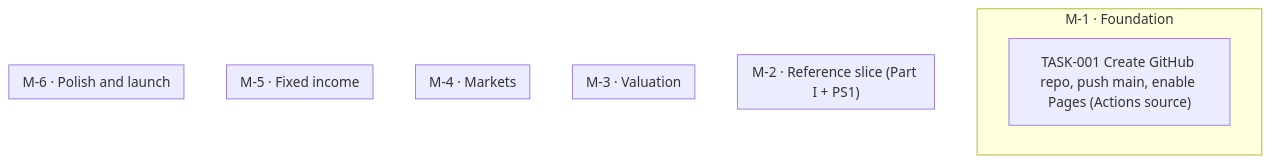
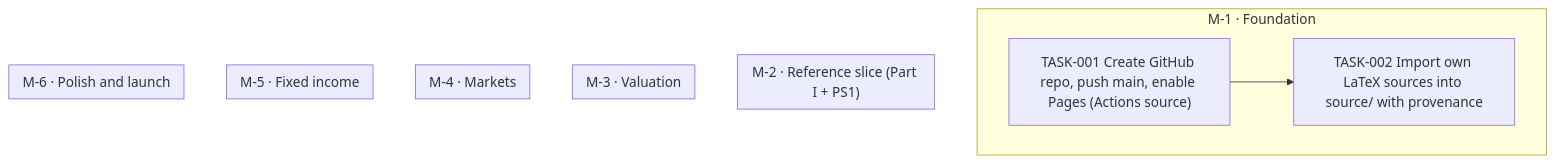
The diagram in goals/course-site/README.md (jesusvillota/economia-financiera), drawn with Mermaid before and after one commit. The commit also changed 1 other file, not shown here.

Commit message:
goal(course-site): add TASK-002 Import own LaTeX sources into source/ with provenance

````diff
--- a/goals/course-site/README.md
+++ b/goals/course-site/README.md
@@ -19,19 +19,21 @@
 ```mermaid
 flowchart TD
   subgraph M_1["M-1 · Foundation"]
     TASK_001["TASK-001 Create GitHub repo, push main, enable Pages (Actions source)"]
+    TASK_002["TASK-002 Import own LaTeX sources into source/ with provenance"]
   end
   subgraph M_2["M-2 · Reference slice (Part I + PS1)"]
   end
   subgraph M_3["M-3 · Valuation"]
   end
   subgraph M_4["M-4 · Markets"]
   end
   subgraph M_5["M-5 · Fixed income"]
   end
   subgraph M_6["M-6 · Polish and launch"]
   end
+  TASK_001 --> TASK_002
   classDef draft stroke-dasharray: 4 3
   classDef cancelled opacity:0.45
   classDef decision fill:#f3e8ff,stroke:#7c3aed
 ```
````
